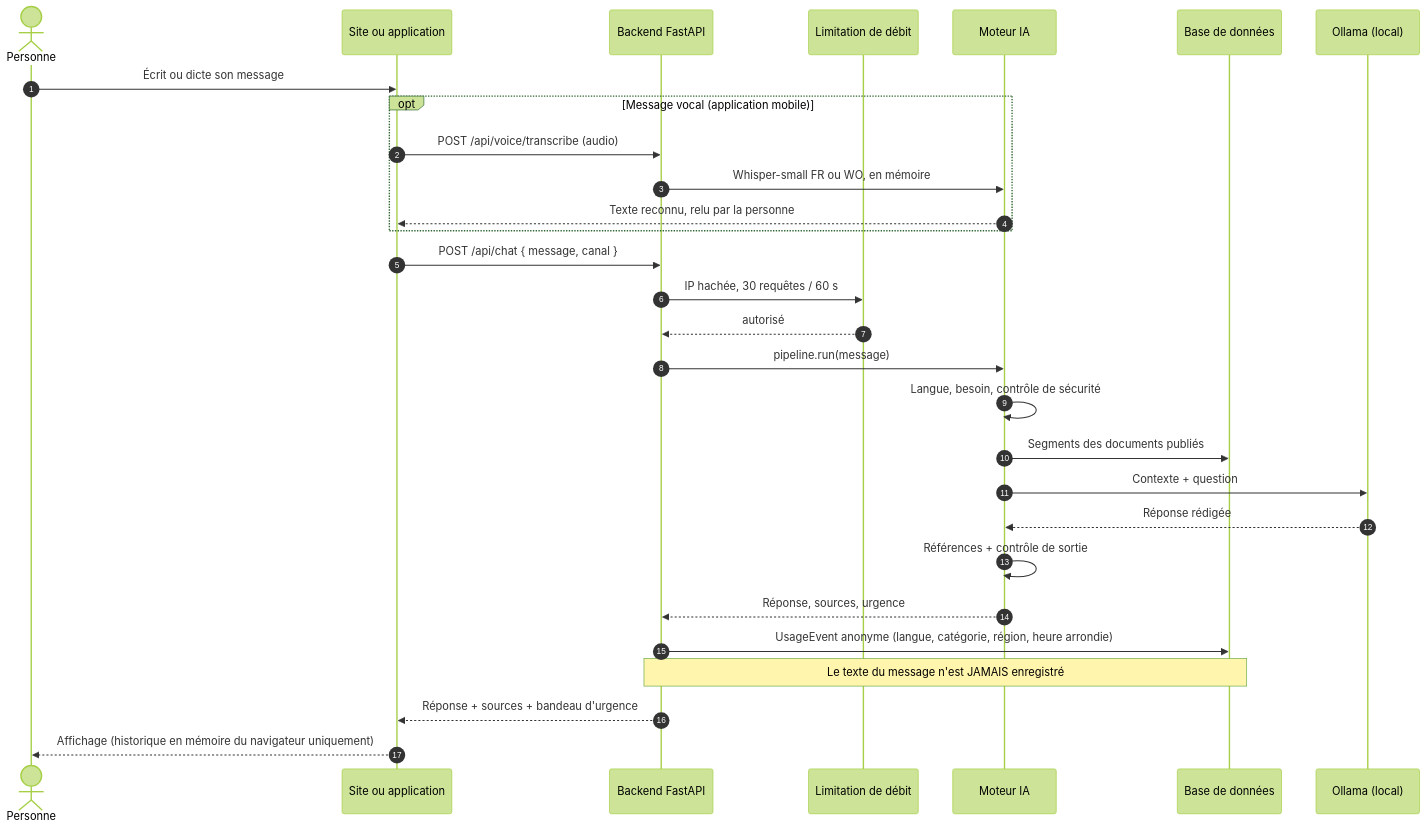
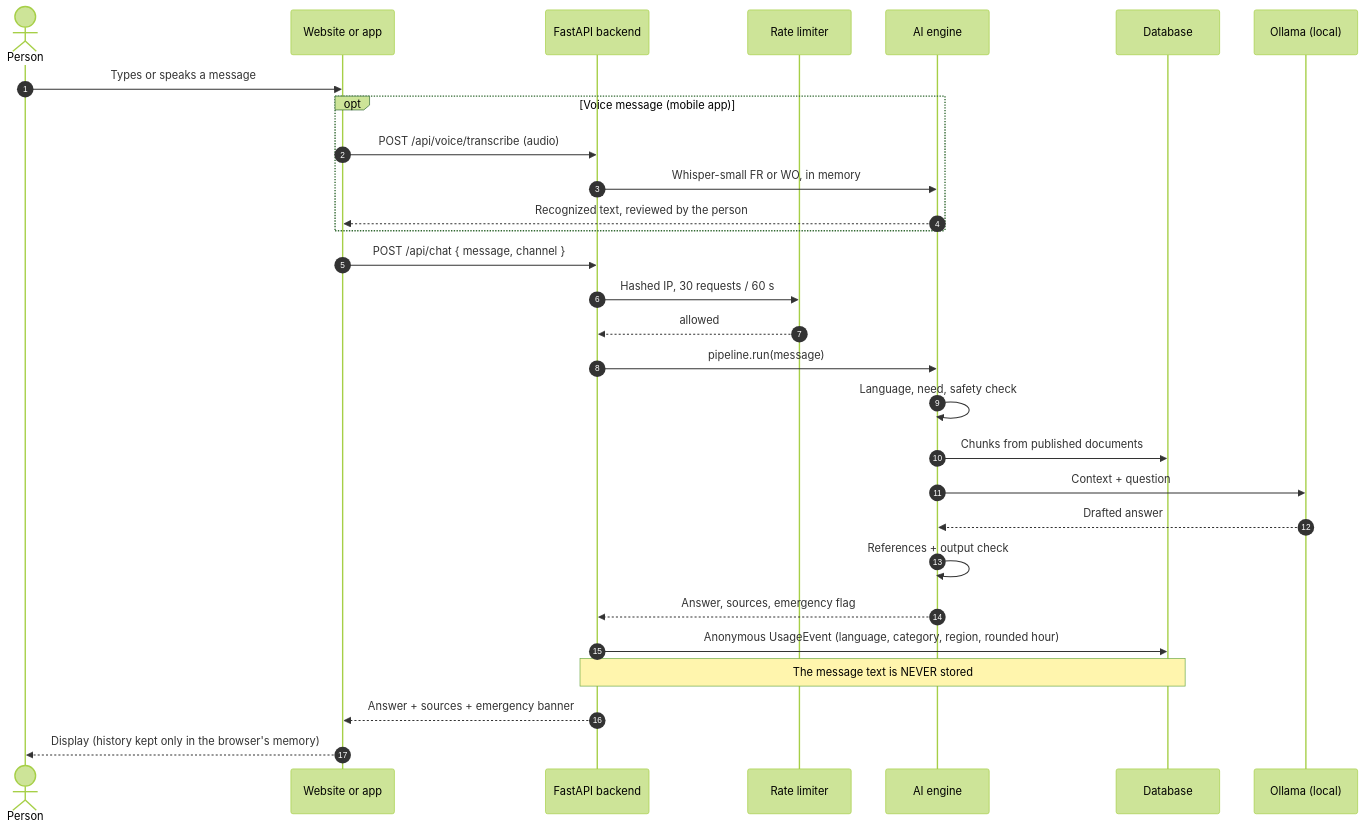
Before and after one commit to Dioumadev221/SUNUSAFEGUARD: the sixth of 17 diagrams in README.md, drawn with Mermaid (forest theme). The commit also changed other lines of this file and 1 other file, not shown here.

````diff
--- a/README.md
+++ b/README.md
@@ -283,32 +277,32 @@
 ```mermaid
 sequenceDiagram
     autonumber
-    actor P as Personne
-    participant UI as Site ou application
-    participant API as Backend FastAPI
-    participant RL as Limitation de débit
-    participant AI as Moteur IA
-    participant DB as Base de données
+    actor P as Person
+    participant UI as Website or app
+    participant API as FastAPI backend
+    participant RL as Rate limiter
+    participant AI as AI engine
+    participant DB as Database
     participant LLM as Ollama (local)
 
-    P->>UI: Écrit ou dicte son message
-    opt Message vocal (application mobile)
+    P->>UI: Types or speaks a message
+    opt Voice message (mobile app)
         UI->>API: POST /api/voice/transcribe (audio)
-        API->>AI: Whisper-small FR ou WO, en mémoire
-        AI-->>UI: Texte reconnu, relu par la personne
+        API->>AI: Whisper-small FR or WO, in memory
+        AI-->>UI: Recognized text, reviewed by the person
     end
-    UI->>API: POST /api/chat { message, canal }
-    API->>RL: IP hachée, 30 requêtes / 60 s
-    RL-->>API: autorisé
+    UI->>API: POST /api/chat { message, channel }
+    API->>RL: Hashed IP, 30 requests / 60 s
+    RL-->>API: allowed
     API->>AI: pipeline.run(message)
-    AI->>AI: Langue, besoin, contrôle de sécurité
-    AI->>DB: Segments des documents publiés
-    AI->>LLM: Contexte + question
-    LLM-->>AI: Réponse rédigée
-    AI->>AI: Références + contrôle de sortie
-    AI-->>API: Réponse, sources, urgence
-    API->>DB: UsageEvent anonyme (langue, catégorie, région, heure arrondie)
-    Note over API,DB: Le texte du message n'est JAMAIS enregistré
-    API-->>UI: Réponse + sources + bandeau d'urgence
-    UI-->>P: Affichage (historique en mémoire du navigateur uniquement)
+    AI->>AI: Language, need, safety check
+    AI->>DB: Chunks from published documents
+    AI->>LLM: Context + question
+    LLM-->>AI: Drafted answer
+    AI->>AI: References + output check
+    AI-->>API: Answer, sources, emergency flag
+    API->>DB: Anonymous UsageEvent (language, category, region, rounded hour)
+    Note over API,DB: The message text is NEVER stored
+    API-->>UI: Answer + sources + emergency banner
+    UI-->>P: Display (history kept only in the browser's memory)
 ```
````
